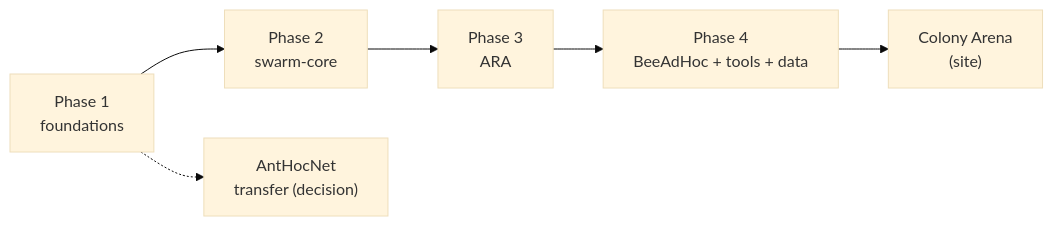
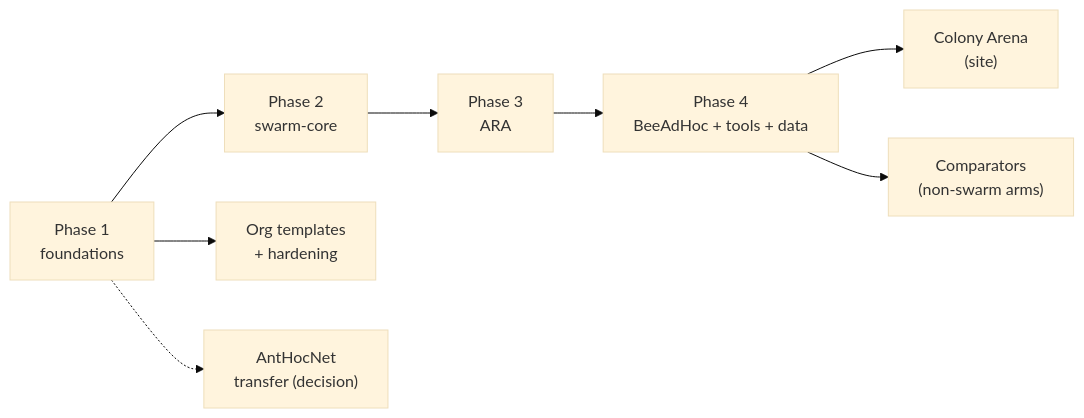
Before and after one commit to swarm-routing/.github: the diagram in ROADMAP.md, drawn with Mermaid (base theme). The commit also changed other lines of this file, not shown here.

First line of the commit message:
docs(roadmap): review the org roadmap after the second migration wave (#15)

````diff
--- a/ROADMAP.md
+++ b/ROADMAP.md
@@ -18,8 +18,10 @@
 ```mermaid
 flowchart LR
   P1["Phase 1<br/>foundations"] --> P2["Phase 2<br/>swarm-core"]
   P2 --> P3["Phase 3<br/>ARA"]
   P3 --> P4["Phase 4<br/>BeeAdHoc + tools + data"]
   P4 --> S["Colony Arena<br/>(site)"]
+  P1 --> O["Org templates<br/>+ hardening"]
+  P4 --> C["Comparators<br/>(non-swarm arms)"]
   P1 -.-> T["AntHocNet<br/>transfer (decision)"]
 ```
````
